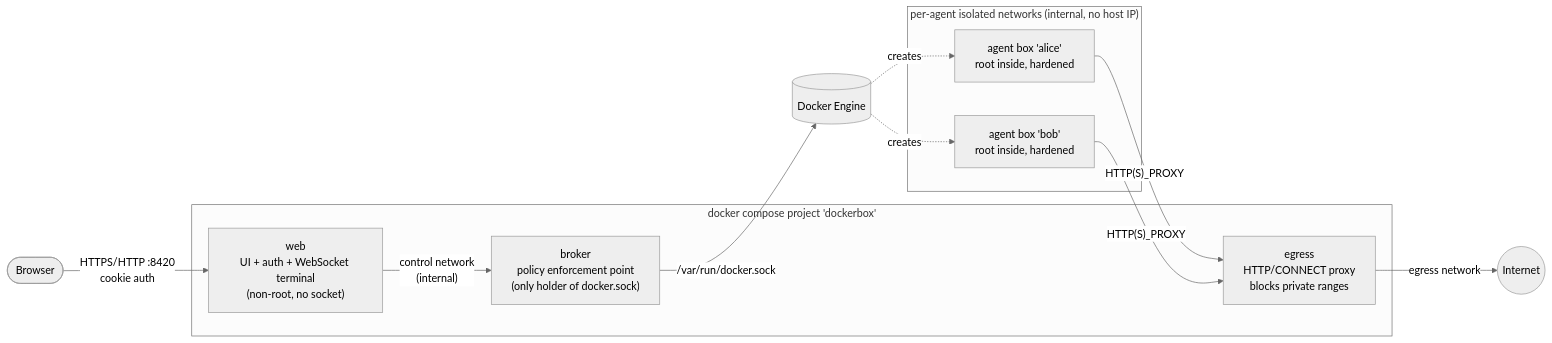
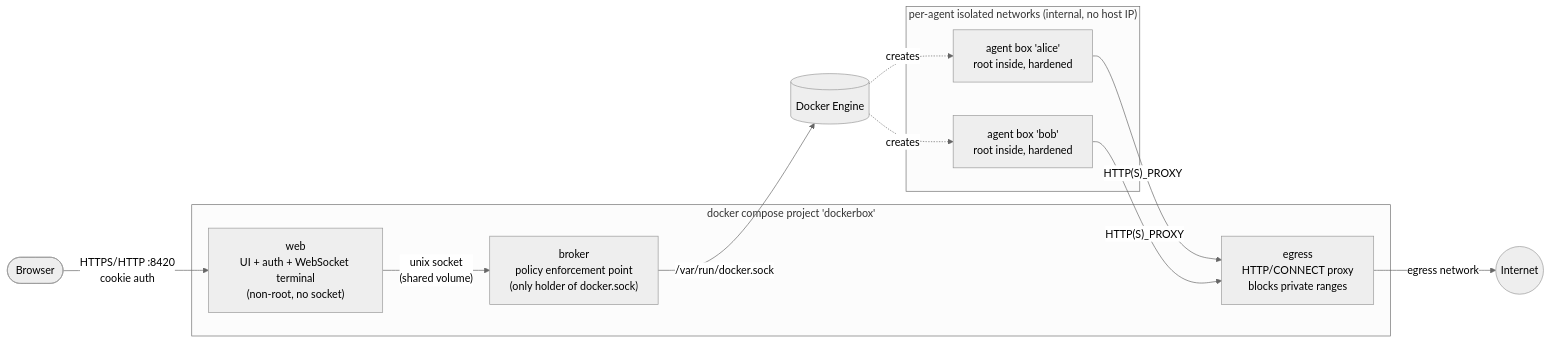
One commit to Pyzyi/dockerbox changed the diagram in docs/architecture.md. Above: the diagram before and after it, drawn with Mermaid (neutral theme). The commit also changed other lines of this file and 13 other files, not shown here.

First line of the commit message:
fix: web reaches the broker over a unix socket (ZimaOS) - 1.0.1

````diff
--- a/docs/architecture.md
+++ b/docs/architecture.md
@@ -23,24 +23,24 @@
 ```mermaid
 flowchart LR
     user([Browser]) -- "HTTPS/HTTP :8420<br/>cookie auth" --> web
 
     subgraph compose["docker compose project 'dockerbox'"]
         web["web<br/>UI + auth + WebSocket terminal<br/>(non-root, no socket)"]
         broker["broker<br/>policy enforcement point<br/>(only holder of docker.sock)"]
         egress["egress<br/>HTTP/CONNECT proxy<br/>blocks private ranges"]
     end
 
-    web -- "control network<br/>(internal)" --> broker
+    web -- "unix socket<br/>(shared volume)" --> broker
     broker -- "/var/run/docker.sock" --> dockerd[(Docker Engine)]
 
     subgraph agents["per-agent isolated networks (internal, no host IP)"]
         a1["agent box 'alice'<br/>root inside, hardened"]
         a2["agent box 'bob'<br/>root inside, hardened"]
     end
 
     dockerd -. creates .-> a1
     dockerd -. creates .-> a2
     a1 -- "HTTP(S)_PROXY" --> egress
     a2 -- "HTTP(S)_PROXY" --> egress
     egress -- "egress network" --> internet((Internet))
 ```
````
